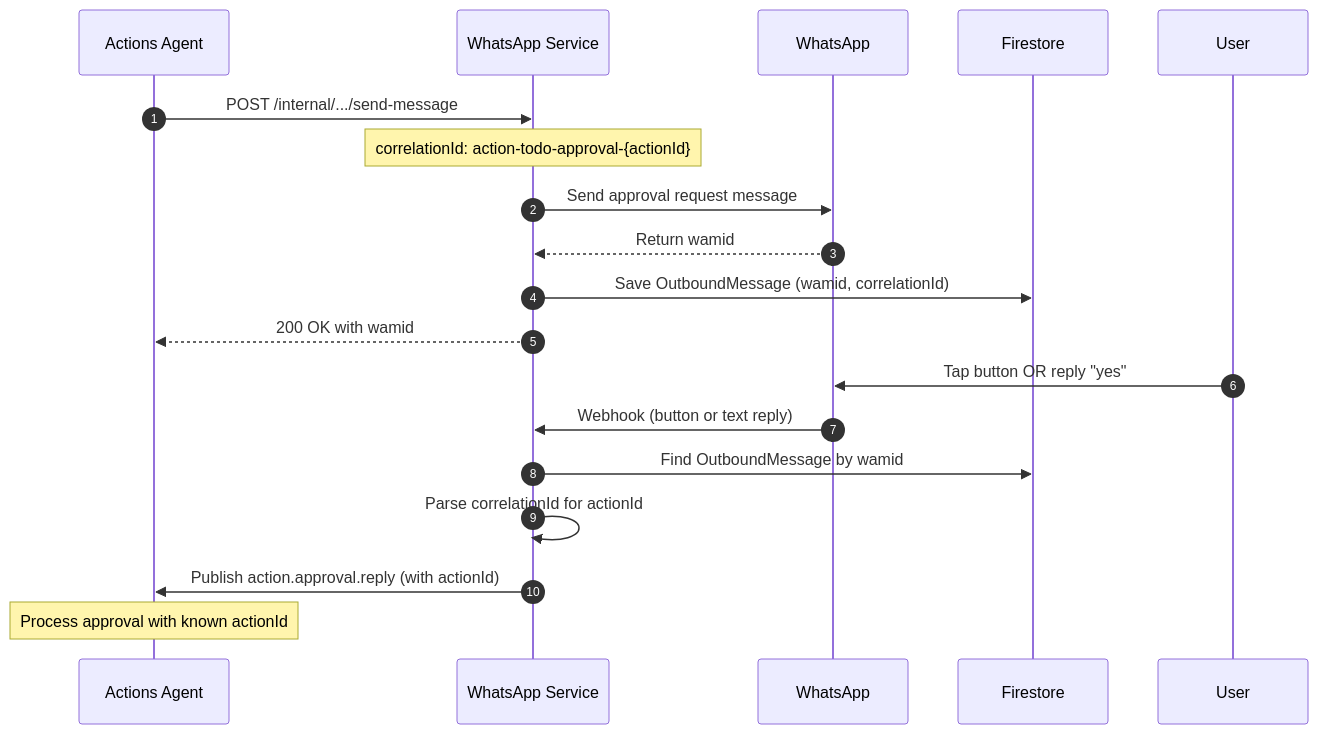
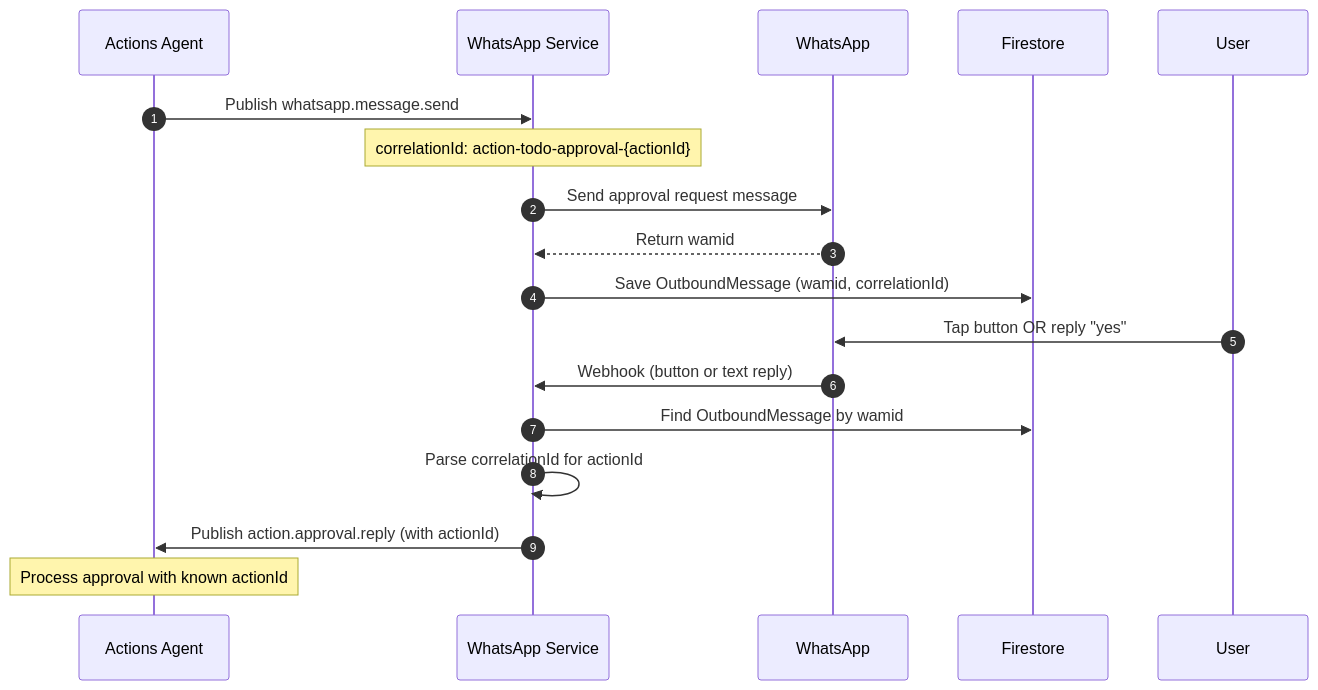
Before and after one commit to pbuchman/intexuraos: the third of 3 diagrams in docs/services/whatsapp-service/technical.md, drawn with Mermaid. The commit also changed other lines of this file and 153 other files, not shown here.

````diff
--- a/docs/services/whatsapp-service/technical.md
+++ b/docs/services/whatsapp-service/technical.md
@@ -87,24 +87,23 @@
 ```mermaid
 sequenceDiagram
     autonumber
     participant AA as Actions Agent
     participant WS as WhatsApp Service
     participant WA as WhatsApp
     participant FS as Firestore
     participant User
 
-    AA->>WS: POST /internal/.../send-message
+    AA->>WS: Publish whatsapp.message.send
     Note over WS: correlationId: action-todo-approval-{actionId}
     WS->>WA: Send approval request message
     WA-->>WS: Return wamid
     WS->>FS: Save OutboundMessage (wamid, correlationId)
-    WS-->>AA: 200 OK with wamid
 
     User->>WA: Tap button OR reply "yes"
 
     WA->>WS: Webhook (button or text reply)
     WS->>FS: Find OutboundMessage by wamid
     WS->>WS: Parse correlationId for actionId
     WS->>AA: Publish action.approval.reply (with actionId)
     Note over AA: Process approval with known actionId
 ```
````
